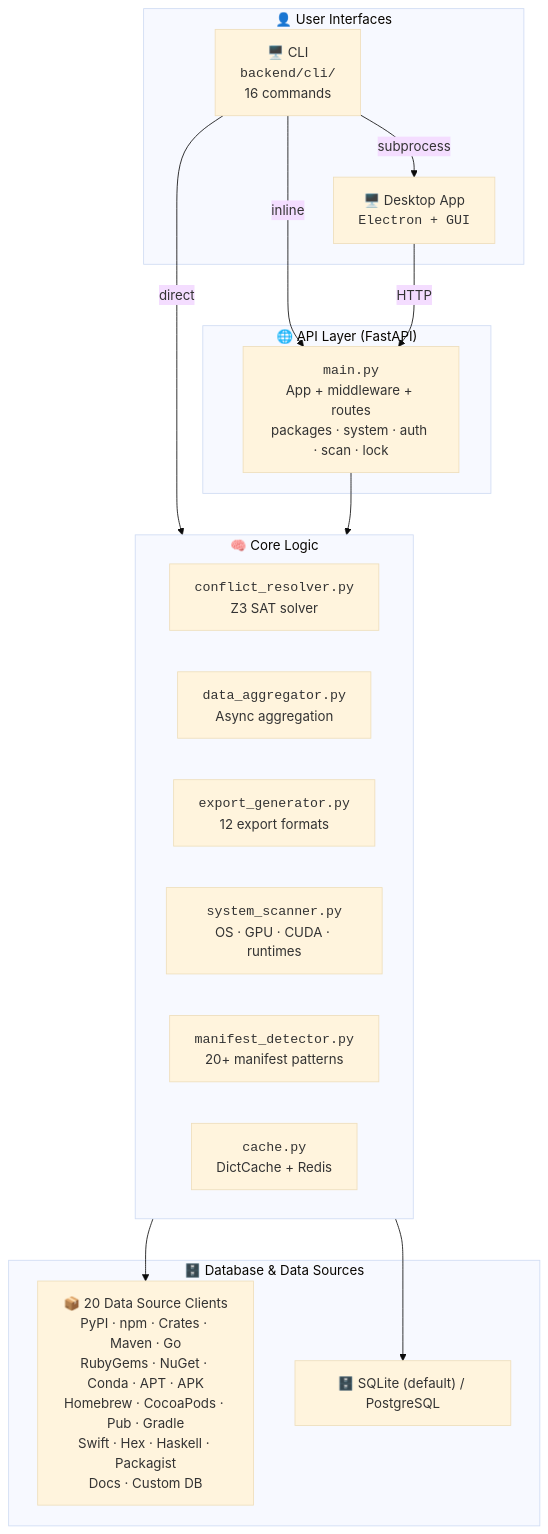
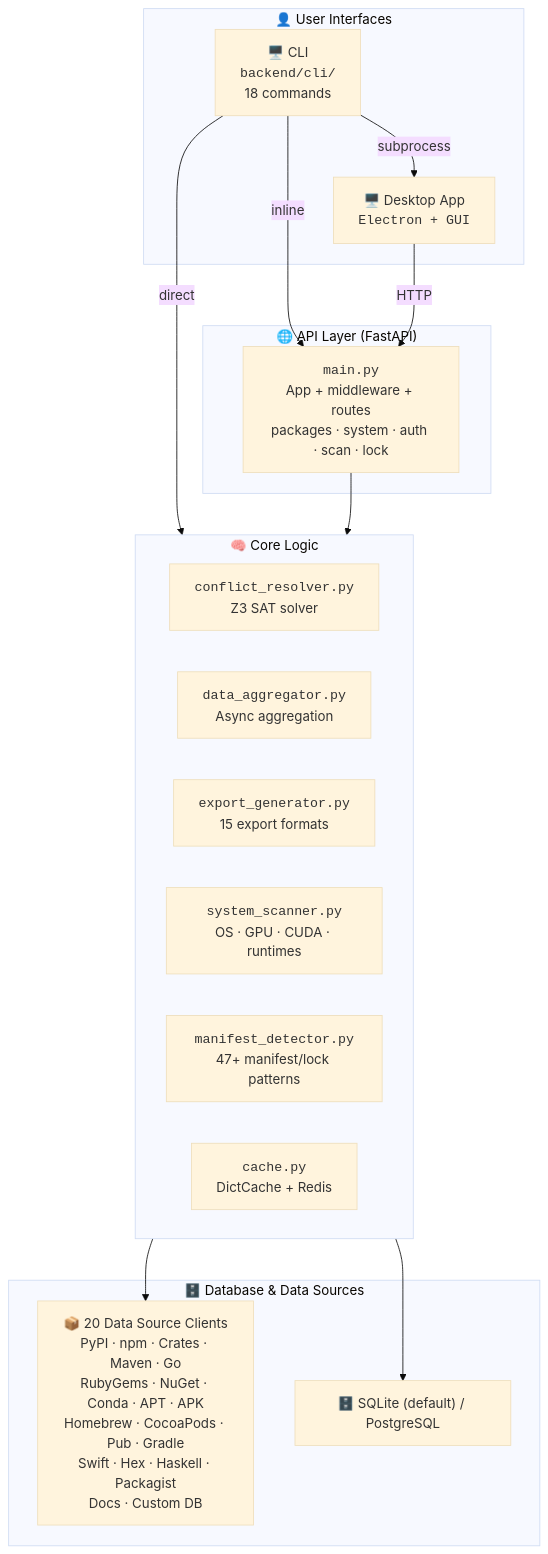
The second of 2 diagrams in docs/USER_GUIDE.md (code-with-zeeshan/universal-dependency-resolver), drawn with Mermaid (base theme) before and after one commit. The commit also changed other lines of this file and 50 other files, not shown here.

First line of the commit message:
Add API routes for index management and shell completion; fix generate-lock export chaining

````diff
--- a/docs/USER_GUIDE.md
+++ b/docs/USER_GUIDE.md
@@ -168,33 +168,33 @@
 ```mermaid
 graph TB
     subgraph UserLayer["👤 User Interfaces"]
-        CLI["🖥️ CLI<br/><code>backend/cli/</code><br/>16 commands"]
+        CLI["🖥️ CLI<br/><code>backend/cli/</code><br/>18 commands"]
         DESKTOP["🖥️ Desktop App<br/><code>Electron + GUI</code>"]
     end
 
     subgraph APILayer["🌐 API Layer (FastAPI)"]
         API["<code>main.py</code><br/>App + middleware + routes<br/>packages · system · auth · scan · lock"]
     end
 
     subgraph CoreLayer["🧠 Core Logic"]
         CR["<code>conflict_resolver.py</code><br/>Z3 SAT solver"]
         DA["<code>data_aggregator.py</code><br/>Async aggregation"]
-        EG["<code>export_generator.py</code><br/>12 export formats"]
+        EG["<code>export_generator.py</code><br/>15 export formats"]
         SS["<code>system_scanner.py</code><br/>OS · GPU · CUDA · runtimes"]
-        MD["<code>manifest_detector.py</code><br/>20+ manifest patterns"]
+        MD["<code>manifest_detector.py</code><br/>47+ manifest/lock patterns"]
         CACHE["<code>cache.py</code><br/>DictCache + Redis"]
     end
 
     subgraph DBLayer["🗄️ Database & Data Sources"]
         DS["📦 20 Data Source Clients<br/>PyPI · npm · Crates · Maven · Go<br/>RubyGems · NuGet · Conda · APT · APK<br/>Homebrew · CocoaPods · Pub · Gradle<br/>Swift · Hex · Haskell · Packagist<br/>Docs · Custom DB"]
         DB["🗄️ SQLite (default) / PostgreSQL"]
     end
 
     CLI -->|"inline"| API
     CLI -->|"direct"| CoreLayer
     CLI -->|"subprocess"| DESKTOP
     DESKTOP -->|"HTTP"| API
     API --> CoreLayer
     CoreLayer --> DS
     CoreLayer --> DB
 ```
````
